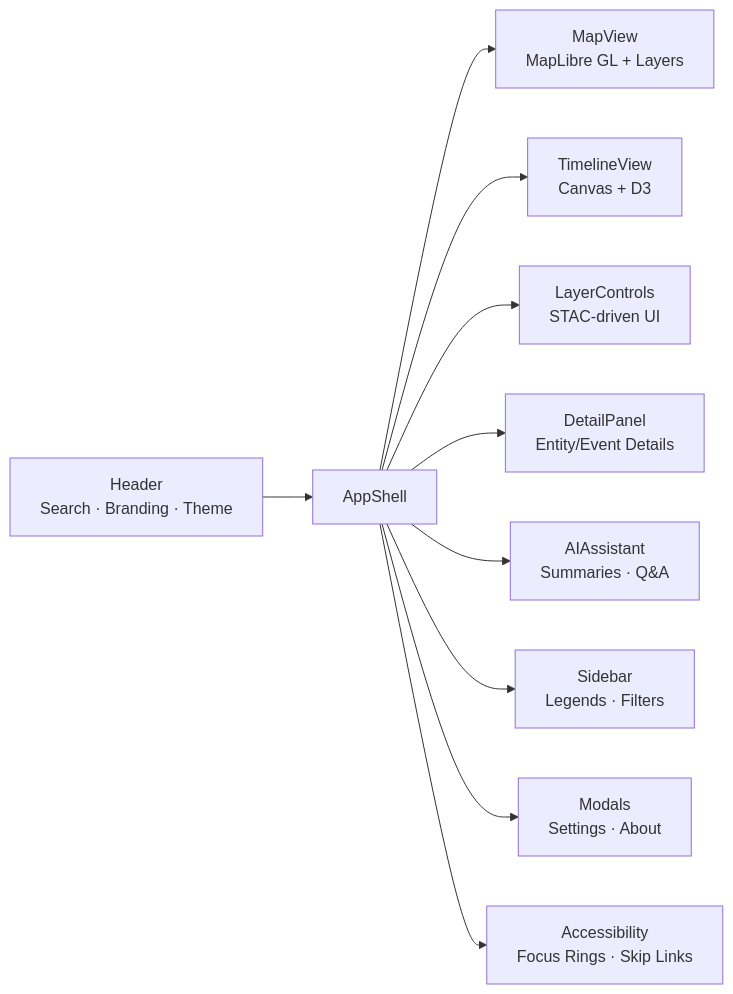
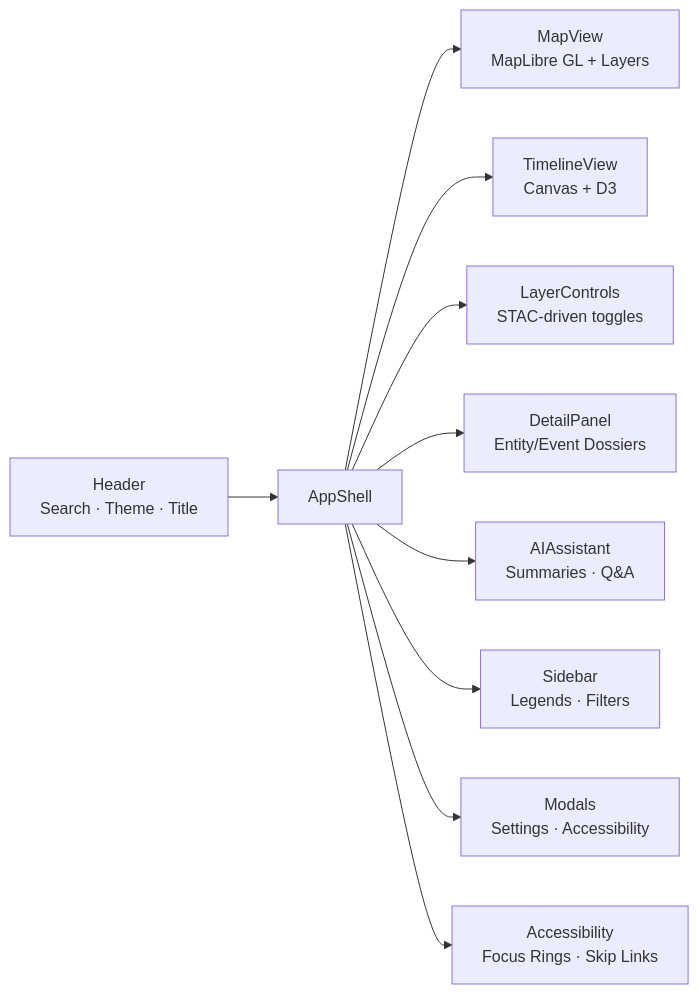
One commit to bartytime4life/Kansas-Frontier-Matrix changed the first of 2 diagrams in web/src/components/README.md. Above: the diagram before and after it, drawn with Mermaid. The commit also changed other lines of this file, not shown here.

````diff
--- a/web/src/components/README.md
+++ b/web/src/components/README.md
@@ -73,13 +54,13 @@
 ```mermaid
 flowchart LR
-  H["Header<br/>Search · Branding · Theme"] --> A["AppShell"]
+  H["Header<br/>Search · Theme · Title"] --> A["AppShell"]
   A --> M["MapView<br/>MapLibre GL + Layers"]
   A --> T["TimelineView<br/>Canvas + D3"]
-  A --> L["LayerControls<br/>STAC-driven UI"]
-  A --> D["DetailPanel<br/>Entity/Event Details"]
+  A --> L["LayerControls<br/>STAC-driven toggles"]
+  A --> D["DetailPanel<br/>Entity/Event Dossiers"]
   A --> AI["AIAssistant<br/>Summaries · Q&A"]
   A --> S["Sidebar<br/>Legends · Filters"]
-  A --> MOD["Modals<br/>Settings · About"]
+  A --> MOD["Modals<br/>Settings · Accessibility"]
   A --> ACC["Accessibility<br/>Focus Rings · Skip Links"]
 %% END OF MERMAID
 ```
````
